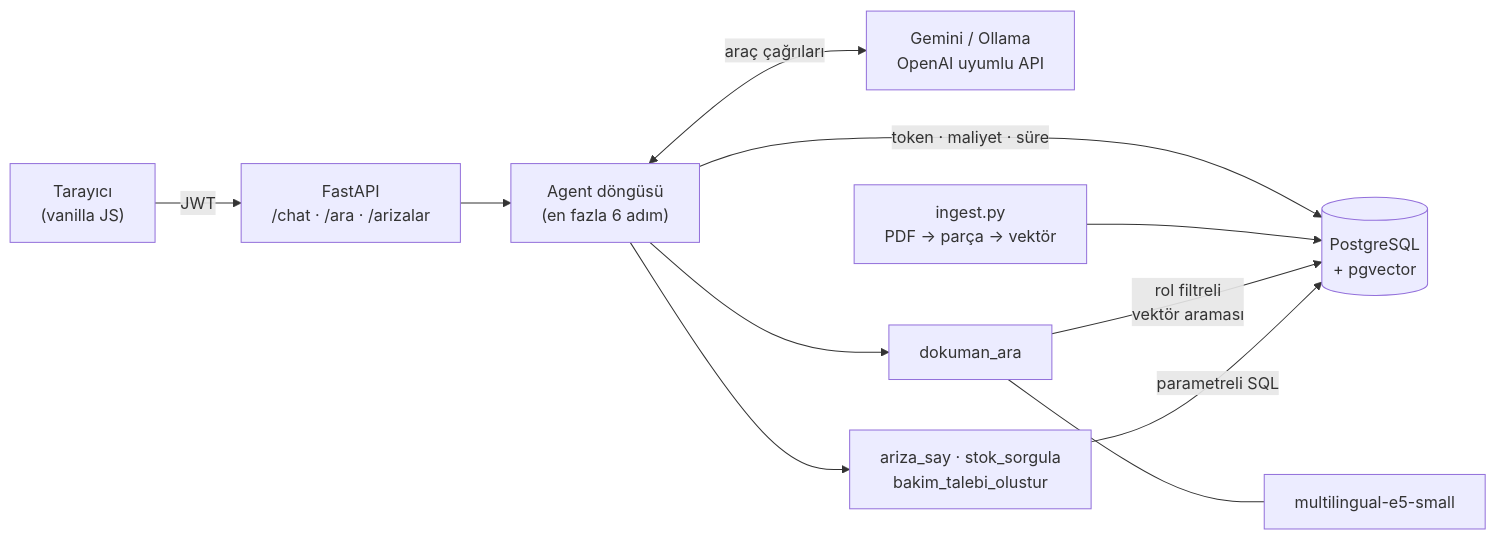
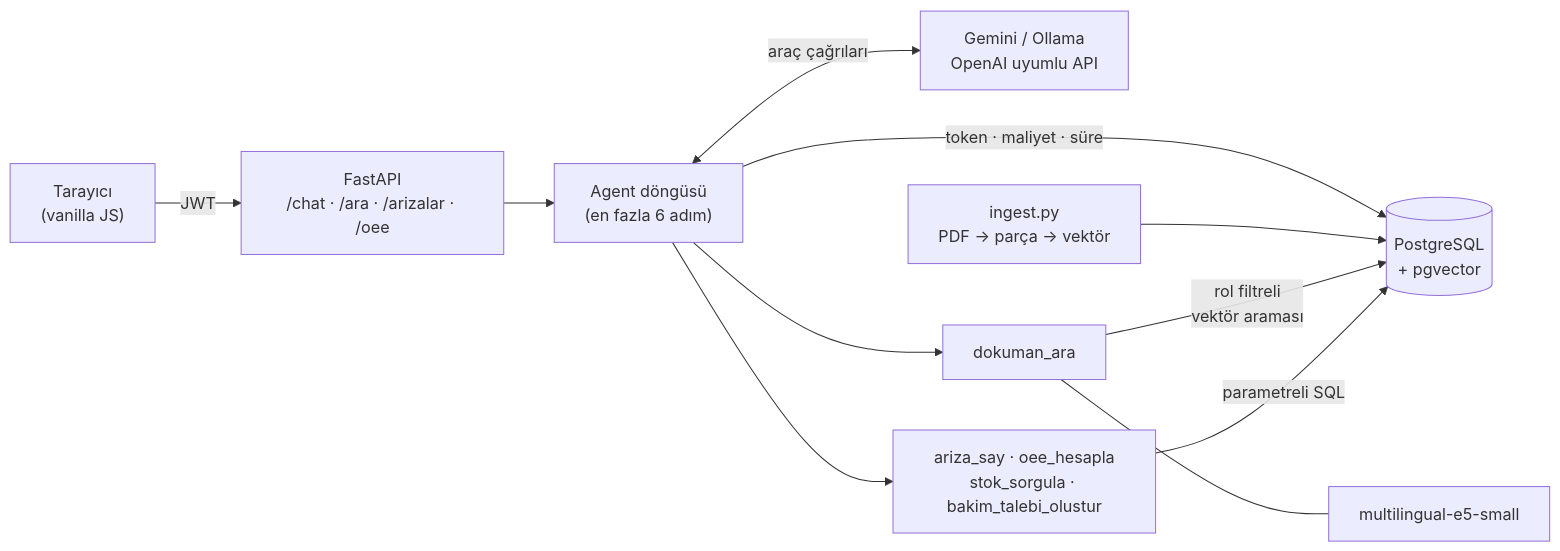
Before and after one commit to omer1916/andon: the diagram in README.md, drawn with Mermaid. The commit also changed other lines of this file and 18 other files, not shown here.

````diff
--- a/README.md
+++ b/README.md
@@ -34,13 +40,13 @@
 ```mermaid
 flowchart LR
-    K["Tarayıcı<br/>(vanilla JS)"] -->|JWT| API["FastAPI<br/>/chat · /ara · /arizalar"]
+    K["Tarayıcı<br/>(vanilla JS)"] -->|JWT| API["FastAPI<br/>/chat · /ara · /arizalar · /oee"]
     API --> AG["Agent döngüsü<br/>(en fazla 6 adım)"]
     AG <-->|"araç çağrıları"| LLM["Gemini / Ollama<br/>OpenAI uyumlu API"]
-    AG --> T1["ariza_say · stok_sorgula<br/>bakim_talebi_olustur"]
+    AG --> T1["ariza_say · oee_hesapla<br/>stok_sorgula · bakim_talebi_olustur"]
     AG --> T2["dokuman_ara"]
     T1 -->|"parametreli SQL"| PG[("PostgreSQL<br/>+ pgvector")]
     T2 -->|"rol filtreli<br/>vektör araması"| PG
     T2 --- EMB["multilingual-e5-small"]
     ING["ingest.py<br/>PDF → parça → vektör"] --> PG
     AG -->|"token · maliyet · süre"| PG
 ```
````
